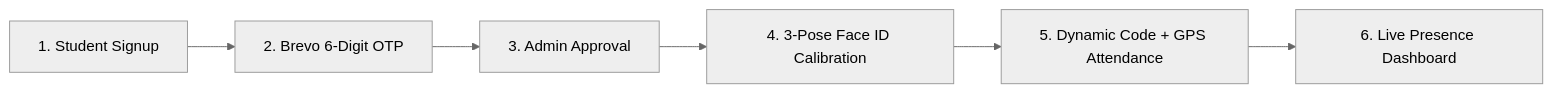
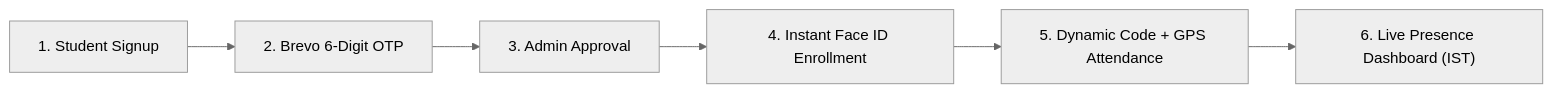
The second of 2 diagrams in README.md (Tharun4743/Bus-attendance), drawn with Mermaid (neutral theme) before and after one commit. The commit also changed other lines of this file and 3 other files, not shown here.

Commit message:
docs(readme): standardize README with Cloud AI Eden AI specs, Indian Standard Time, and clean architecture

````diff
--- a/README.md
+++ b/README.md
@@ -82,8 +90,8 @@
 ```mermaid
 flowchart LR
     A["1. Student Signup"] --> B["2. Brevo 6-Digit OTP"]
     B --> C["3. Admin Approval"]
-    C --> D["4. 3-Pose Face ID Calibration"]
+    C --> D["4. Instant Face ID Enrollment"]
     D --> E["5. Dynamic Code + GPS Attendance"]
-    E --> F["6. Live Presence Dashboard"]
+    E --> F["6. Live Presence Dashboard (IST)"]
 ```
````
